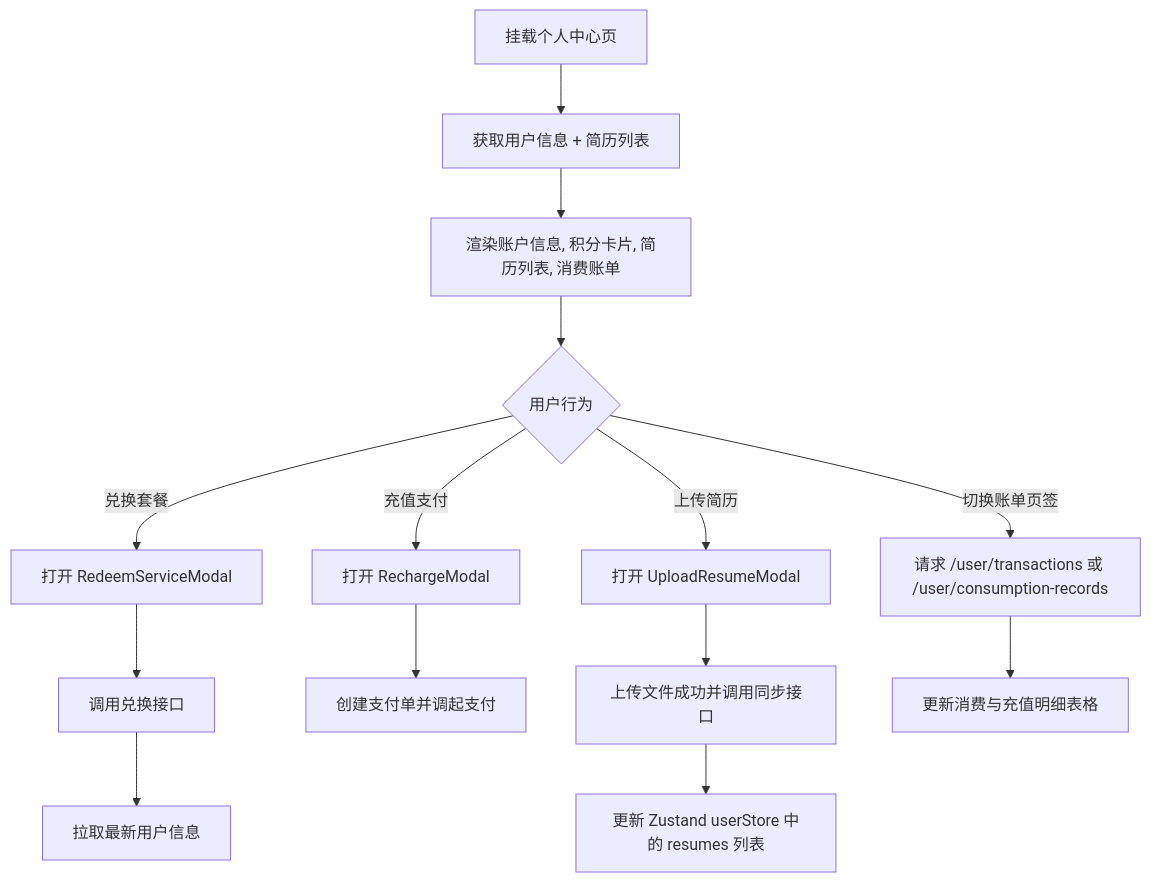
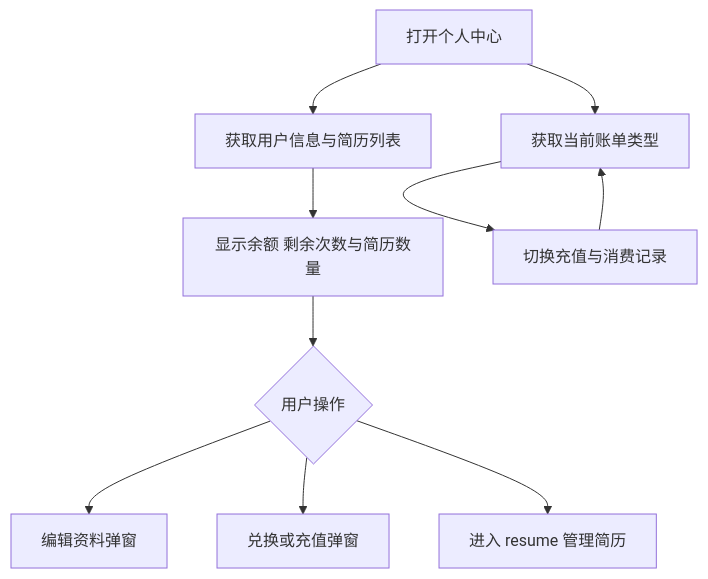
The diagram in apps/web/src/app/profile/Agent.md (KlayPeter/man-shi-mai), drawn with Mermaid before and after one commit. The commit also changed other lines of this file and 40 other files, not shown here.

````diff
--- a/apps/web/src/app/profile/Agent.md
+++ b/apps/web/src/app/profile/Agent.md
@@ -13,20 +5,12 @@
 ```mermaid
-graph TD
-    Mount[挂载个人中心页] --> FetchData[获取用户信息 + 简历列表]
-    FetchData --> RenderPage[渲染账户信息, 积分卡片, 简历列表, 消费账单]
-    
-    RenderPage --> UserAction{用户行为}
-    UserAction -- 兑换套餐 --> OpenRedeem[打开 RedeemServiceModal]
-    OpenRedeem --> CallRedeemAPI[调用兑换接口]
-    CallRedeemAPI --> RefreshData[拉取最新用户信息]
-    
-    UserAction -- 充值支付 --> OpenRecharge[打开 RechargeModal]
-    OpenRecharge --> CallRechargeAPI[创建支付单并调起支付]
-    
-    UserAction -- 上传简历 --> OpenUpload[打开 UploadResumeModal]
-    OpenUpload --> UploadSuccess[上传文件成功并调用同步接口]
-    UploadSuccess --> RefreshResumes[更新 Zustand userStore 中的 resumes 列表]
-    
-    UserAction -- 切换账单页签 --> FetchRecords[请求 /user/transactions 或 /user/consumption-records]
-    FetchRecords --> UpdateTable[更新消费与充值明细表格]
+flowchart TD
+    A[打开个人中心] --> B[获取用户信息与简历列表]
+    A --> C[获取当前账单类型]
+    B --> D[显示余额 剩余次数与简历数量]
+    D --> E{用户操作}
+    E --> F[编辑资料弹窗]
+    E --> G[兑换或充值弹窗]
+    E --> H[进入 resume 管理简历]
+    C --> I[切换充值与消费记录]
+    I --> C
 ```
````
